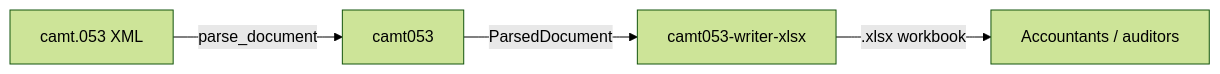
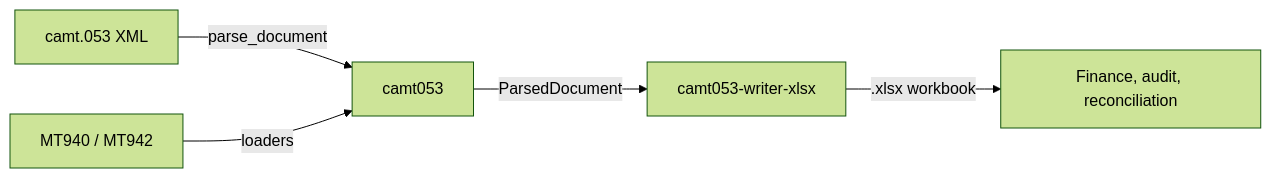
Before and after one commit to sebastienrousseau/camt053-writer-xlsx: the diagram in README.md, drawn with Mermaid (forest theme). The commit also changed other lines of this file and 72 other files, not shown here.

````diff
--- a/README.md
+++ b/README.md
@@ -117,6 +121,7 @@
 ```mermaid
 flowchart LR
     A["camt.053 XML"] -->|parse_document| B["camt053"]
+    M["MT940 / MT942"] -->|loaders| B
     B -->|ParsedDocument| C["camt053-writer-xlsx"]
-    C -->|.xlsx workbook| D["Accountants / auditors"]
+    C -->|.xlsx workbook| D["Finance, audit, reconciliation"]
 ```
````
